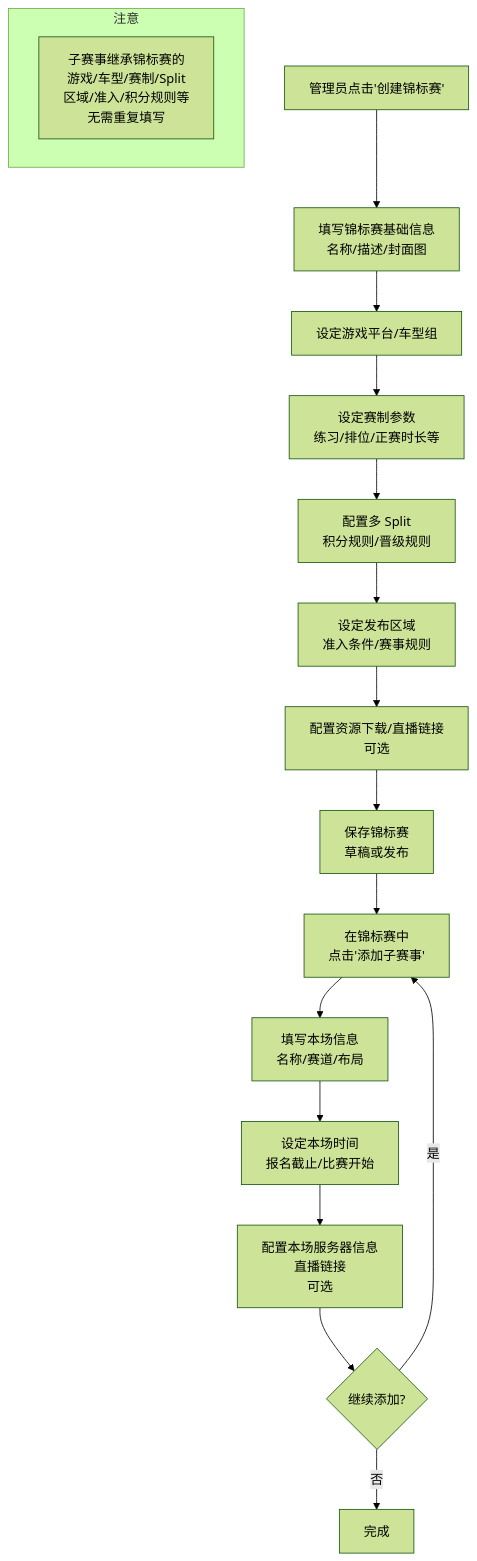
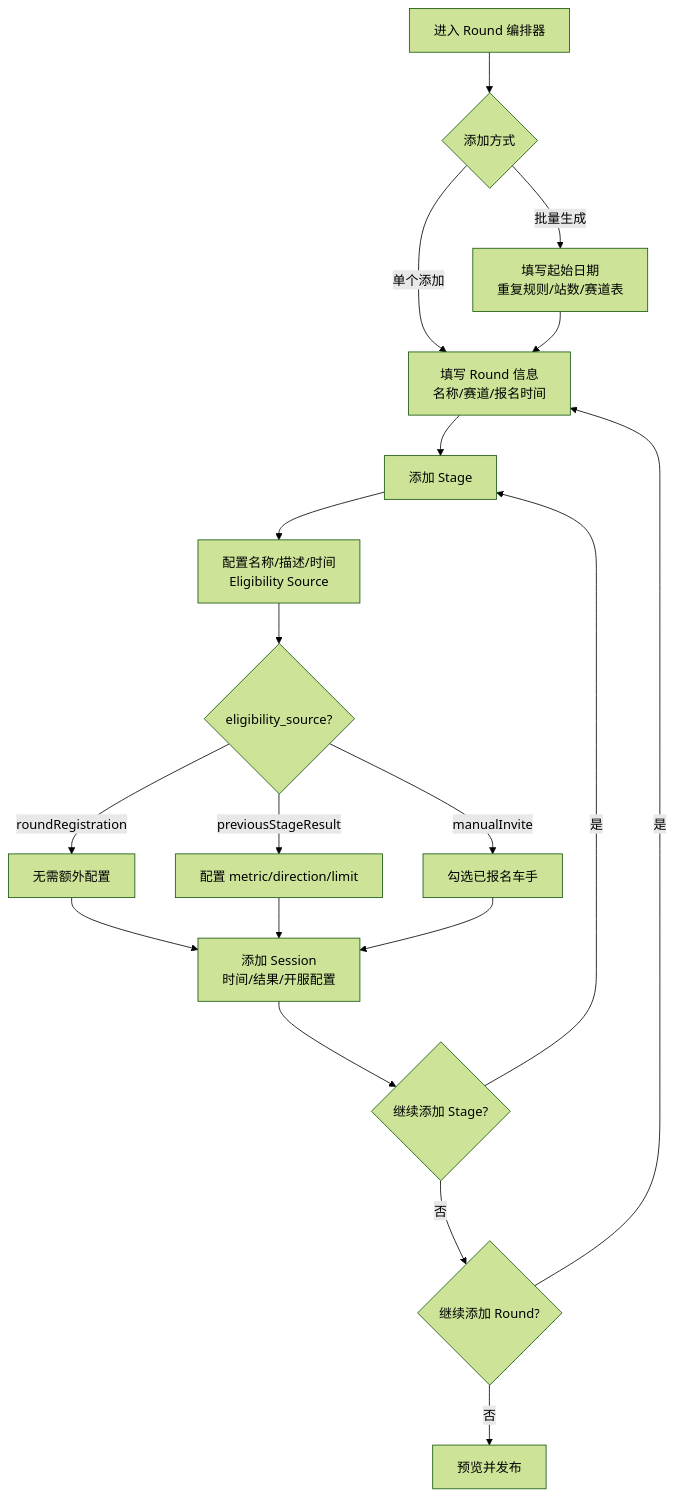
Before and after one commit to SagaLinZP/Racing-Arcade-Admin: the sixth of 13 diagrams in PRD.md, drawn with Mermaid (forest theme). The commit also changed other lines of this file and 34 other files, not shown here.

````diff
--- a/PRD.md
+++ b/PRD.md
@@ -670,23 +785,21 @@
 ```mermaid
 flowchart TD
-    A[管理员点击'创建锦标赛'] --> B[填写锦标赛基础信息<br/>名称/描述/封面图]
-    B --> C[设定游戏平台/车型组]
-    C --> D[设定赛制参数<br/>练习/排位/正赛时长等]
-    D --> E[配置多 Split<br/>积分规则/晋级规则]
-    E --> F[设定发布区域<br/>准入条件/赛事规则]
-    F --> G[配置资源下载/直播链接<br/>可选]
-    G --> H[保存锦标赛<br/>草稿或发布]
-    
-    H --> I[在锦标赛中<br/>点击'添加子赛事']
-    I --> J[填写本场信息<br/>名称/赛道/布局]
-    J --> K[设定本场时间<br/>报名截止/比赛开始]
-    K --> L[配置本场服务器信息<br/>直播链接<br/>可选]
-    L --> M{继续添加?}
-    
-    M -->|是| I
-    M -->|否| N[完成]
-    
-    subgraph 注意
-        O[子赛事继承锦标赛的<br/>游戏/车型/赛制/Split<br/>区域/准入/积分规则等<br/>无需重复填写]
-    end
+    A[进入 Round 编排器] --> B{添加方式}
+    B -->|单个添加| C[填写 Round 信息<br/>名称/赛道/报名时间]
+    B -->|批量生成| D[填写起始日期<br/>重复规则/站数/赛道表]
+
+    D --> C
+    C --> E[添加 Stage]
+    E --> F[配置名称/描述/时间<br/>Eligibility Source]
+    F --> F1{eligibility_source?}
+    F1 -->|roundRegistration| F2[无需额外配置]
+    F1 -->|previousStageResult| F3[配置 metric/direction/limit]
+    F1 -->|manualInvite| F4[勾选已报名车手]
+
+    F2 & F3 & F4 --> K[添加 Session<br/>时间/结果/开服配置]
+    K --> L{继续添加 Stage?}
+    L -->|是| E
+    L -->|否| M{继续添加 Round?}
+    M -->|是| C
+    M -->|否| N[预览并发布]
 ```
````
